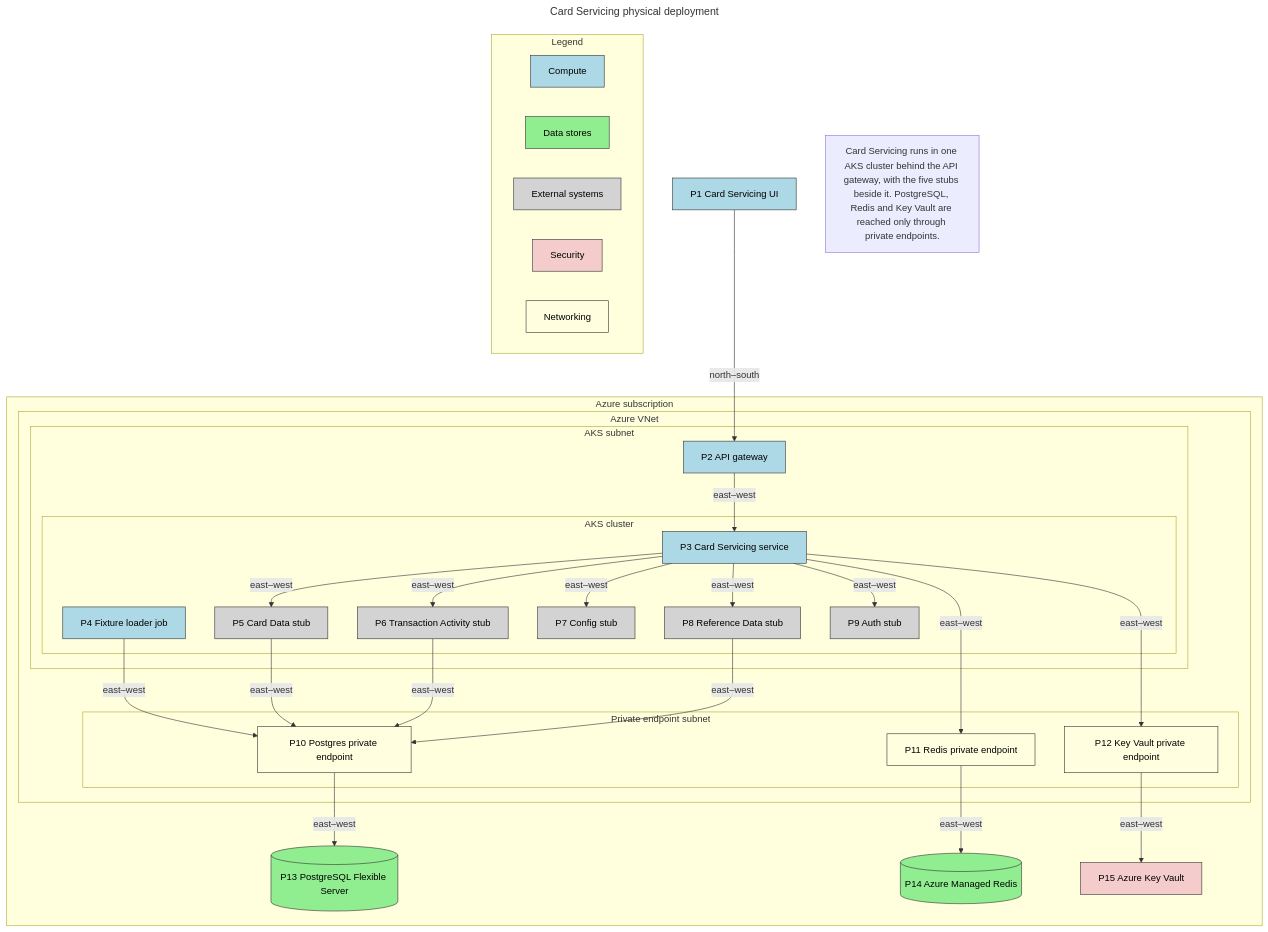
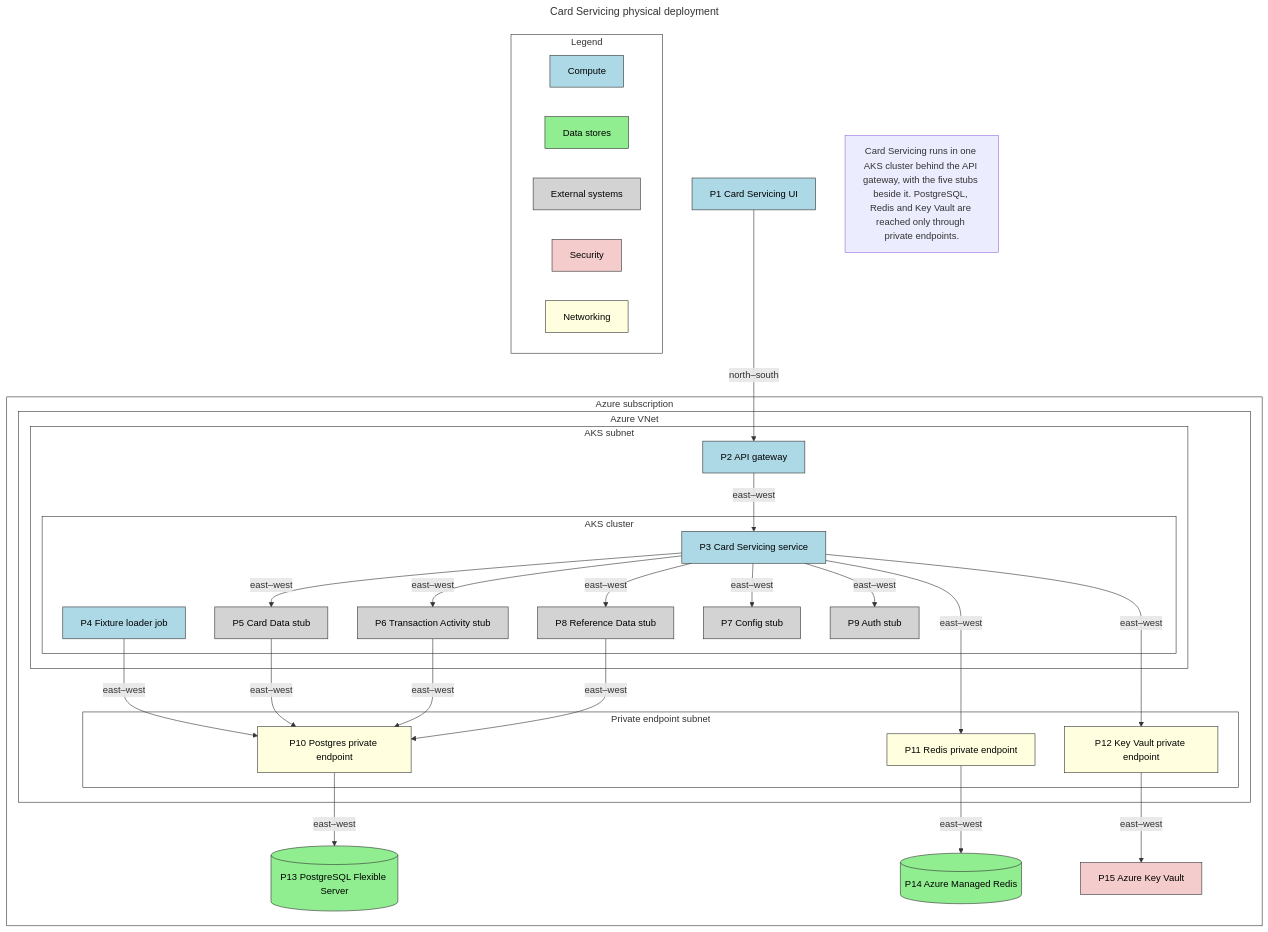
One commit to blitzy-public-samples/aws-carddemo-blitzy changed the diagram in docs/architecture/physical-deployment.mmd. Above: the diagram before and after it, drawn with Mermaid. The commit also changed 2 other files, not shown here.

Commit message:
Untangle architecture flowchart layouts and give boundary clusters a white fill
- security-architecture.mmd: declare the S3 private data zone before the
  AKS subnet and the TLS/private-link edges before the access-guard edges,
  and set flowchart rankSpacing 360, nodeSpacing 75 and linear curves, so
  the S5 Token validation and S6 Account authorization labels no longer
  overlap and no edge passes under a non-endpoint node or a cluster title.
- logical-architecture.mmd: regroup the node declarations by consumer and
  set rankSpacing 350 with monotoneX curves, so loader and stub edges no
  longer run under other boxes.
- physical-deployment.mmd: declare P8 before P7 so the P8 to P10 edge
  clears the private endpoint subnet title.
- physical-deployment.mmd, security-architecture.mmd: style the Legend and
  the five boundary subgraphs fill #ffffff, stroke #333333, so the
  Networking legend entry and the private endpoints show their light
  yellow fill against the cluster background.

Node IDs, labels, edges, classes and the closing Description are unchanged.

```diff
--- a/docs/architecture/physical-deployment.mmd
+++ b/docs/architecture/physical-deployment.mmd
@@ -1,69 +1,75 @@
 ---
 title: Card Servicing physical deployment
 ---
 flowchart TB
     CardServicingUi["P1 Card Servicing UI"]
 
     subgraph AzureSubscription["Azure subscription"]
         subgraph AzureVNet["Azure VNet"]
             subgraph AksSubnet["AKS subnet"]
                 ApiGateway["P2 API gateway"]
                 subgraph AzureAKS["AKS cluster"]
                     CardServicingService["P3 Card Servicing service"]
                     FixtureLoader["P4 Fixture loader job"]
                     CardDataService["P5 Card Data stub"]
                     TransactionActivityService["P6 Transaction Activity stub"]
+                    ReferenceDataService["P8 Reference Data stub"]
                     ConfigService["P7 Config stub"]
-                    ReferenceDataService["P8 Reference Data stub"]
                     AuthService["P9 Auth stub"]
                 end
             end
             subgraph PepSubnet["Private endpoint subnet"]
                 PepPostgres["P10 Postgres private endpoint"]
                 PepRedis["P11 Redis private endpoint"]
                 PepKeyVault["P12 Key Vault private endpoint"]
             end
         end
         AzurePostgres[("P13 PostgreSQL Flexible Server")]
         AzureManagedRedis[("P14 Azure Managed Redis")]
         AzureKeyVault["P15 Azure Key Vault"]
     end
 
     subgraph Legend["Legend"]
         LegendCompute["Compute"]
         LegendDataStores["Data stores"]
         LegendExternal["External systems"]
         LegendSecurity["Security"]
         LegendNetworking["Networking"]
     end
 
     CardServicingUi -->|north–south| ApiGateway
     ApiGateway -->|east–west| CardServicingService
     CardServicingService -->|east–west| CardDataService
     CardServicingService -->|east–west| TransactionActivityService
     CardServicingService -->|east–west| ConfigService
     CardServicingService -->|east–west| ReferenceDataService
     CardServicingService -->|east–west| AuthService
     CardServicingService -->|east–west| PepRedis
     CardServicingService -->|east–west| PepKeyVault
     FixtureLoader -->|east–west| PepPostgres
     CardDataService -->|east–west| PepPostgres
     TransactionActivityService -->|east–west| PepPostgres
     ReferenceDataService -->|east–west| PepPostgres
     PepPostgres -->|east–west| AzurePostgres
     PepRedis -->|east–west| AzureManagedRedis
     PepKeyVault -->|east–west| AzureKeyVault
 
     classDef compute fill:#add8e6,stroke:#333333,color:#000000
     classDef datastore fill:#90ee90,stroke:#333333,color:#000000
     classDef external fill:#d3d3d3,stroke:#333333,color:#000000
     classDef security fill:#f4cccc,stroke:#333333,color:#000000
     classDef networking fill:#ffffe0,stroke:#333333,color:#000000
 
     class CardServicingUi,ApiGateway,CardServicingService,FixtureLoader,LegendCompute compute
     class AzurePostgres,AzureManagedRedis,LegendDataStores datastore
     class CardDataService,TransactionActivityService,ConfigService,ReferenceDataService,AuthService,LegendExternal external
     class AzureKeyVault,LegendSecurity security
     class PepPostgres,PepRedis,PepKeyVault,LegendNetworking networking
 
+    style AzureSubscription fill:#ffffff,stroke:#333333
+    style AzureVNet fill:#ffffff,stroke:#333333
+    style AksSubnet fill:#ffffff,stroke:#333333
+    style AzureAKS fill:#ffffff,stroke:#333333
+    style PepSubnet fill:#ffffff,stroke:#333333
+    style Legend fill:#ffffff,stroke:#333333
     Description["Card Servicing runs in one AKS cluster behind the API gateway, with the five stubs beside it. PostgreSQL, Redis and Key Vault are reached only through private endpoints."]
```
